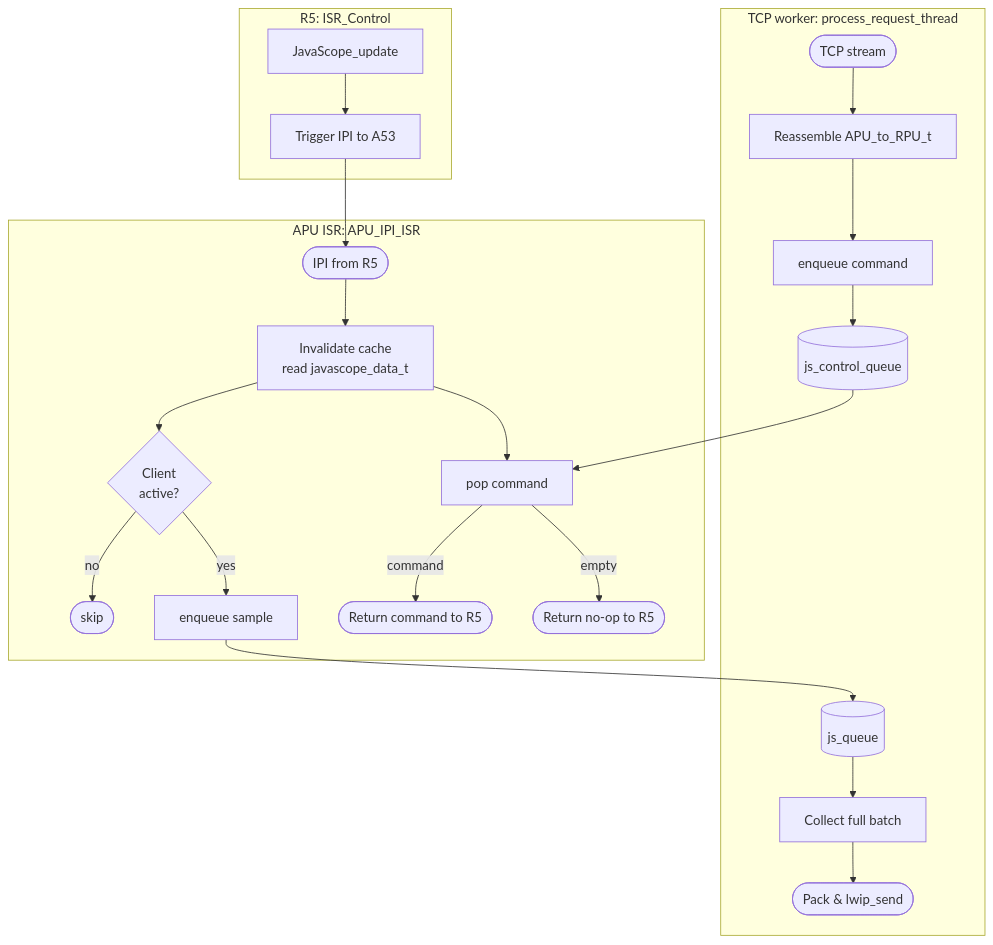
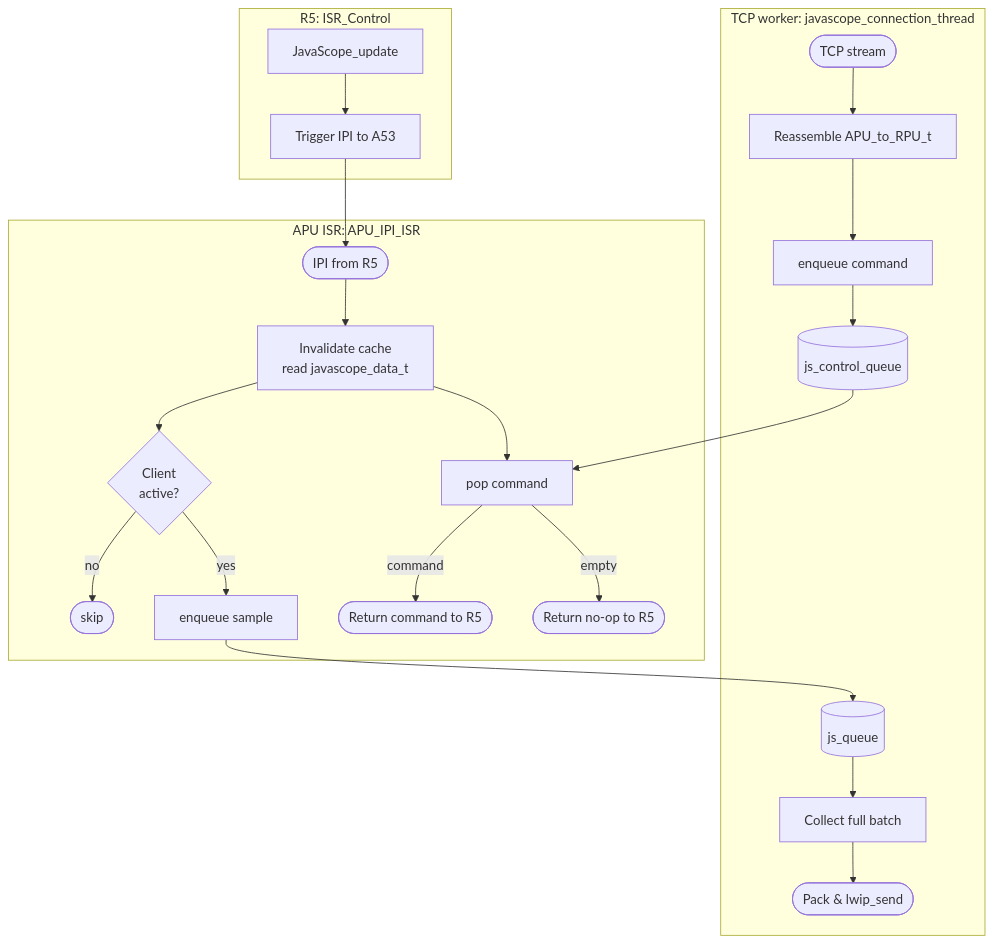
One commit to ultrazohm/ultrazohm_sw changed the diagram in docs/source/guide/apu_software/datamover_a53.rst. Above: the diagram before and after it, drawn with Mermaid. The commit also changed other lines of this file and 3 other files, not shown here.

```diff
--- a/docs/source/guide/apu_software/datamover_a53.rst
+++ b/docs/source/guide/apu_software/datamover_a53.rst
@@ -10,30 +10,30 @@
 .. mermaid::
     :align: center
     :caption: A53-side view of the data mover
 
     graph TB
       subgraph R5ISR["R5: ISR_Control"]
           r5update[JavaScope_update] --> r5ipi[Trigger IPI to A53]
       end
 
       subgraph ISR["APU ISR: APU_IPI_ISR"]
           ipi([IPI from R5]) --> read[Invalidate cache\nread javascope_data_t]
           read --> check{Client\nactive?}
           check -- no --> drop([skip])
           check -- yes --> enq[enqueue sample]
           read --> pop[pop command]
           pop -- command --> reply([Return command to R5])
           pop -- empty --> nop([Return no-op to R5])
       end
 
       r5ipi --> ipi
       enq --> jsQ[(js_queue)]
       ctrlQ[(js_control_queue)] --> pop
 
-      subgraph TCP["TCP worker: process_request_thread"]
+      subgraph TCP["TCP worker: javascope_connection_thread"]
           jsQ --> batch[Collect full batch]
           batch --> send([Pack & lwip_send])
           tcpIn([TCP stream]) --> asm[Reassemble APU_to_RPU_t]
           asm --> push[enqueue command]
           push --> ctrlQ
       end
```
